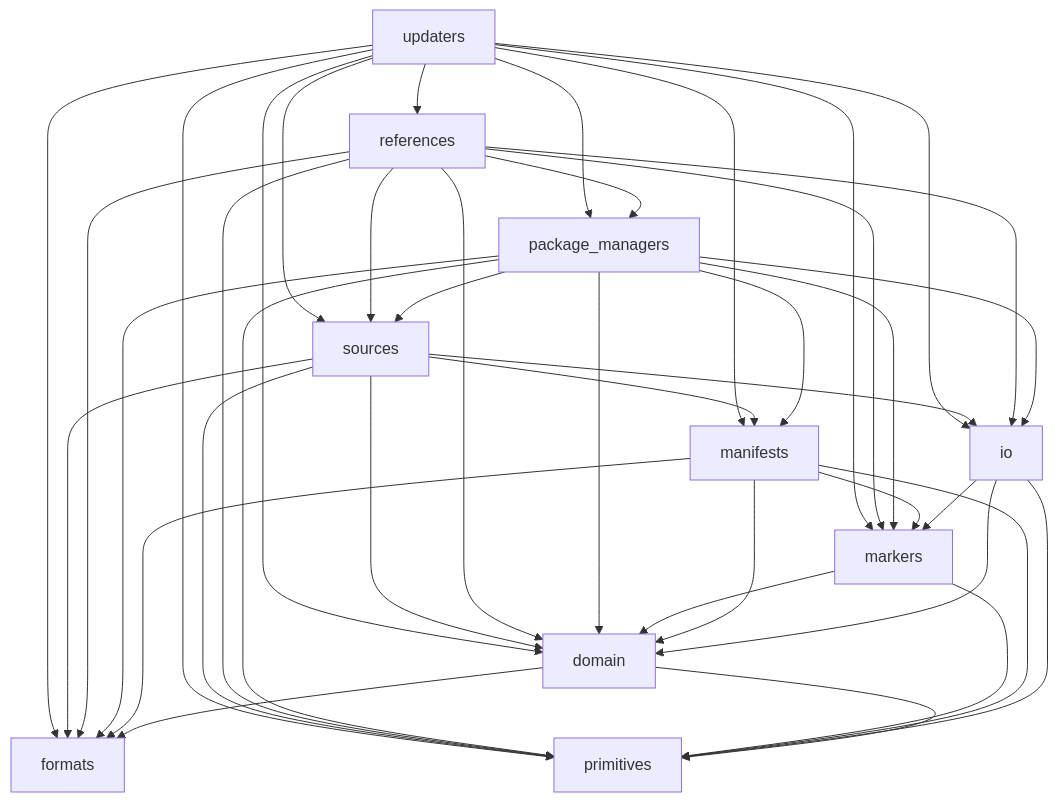
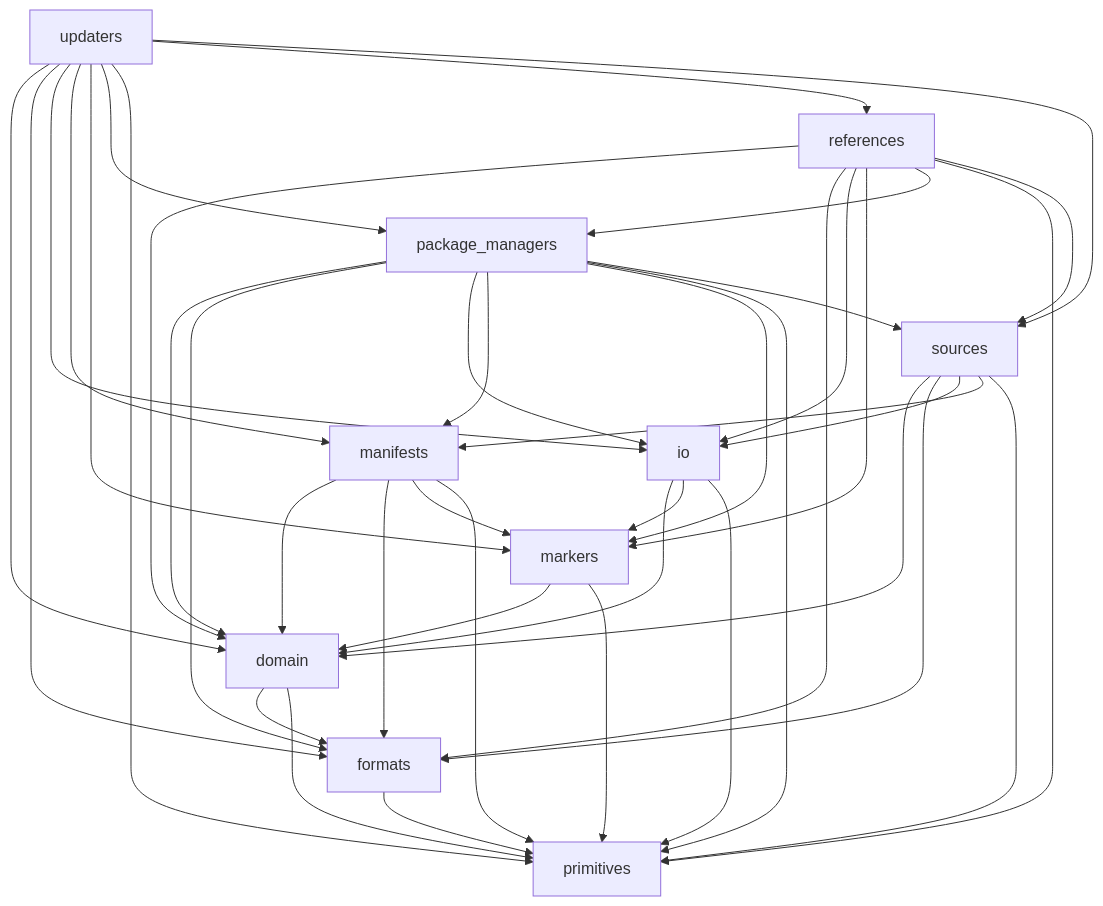
The diagram in docs/architecture.md (ICTU/update-time), drawn with Mermaid before and after one commit. The commit also changed 21 other files, not shown here.

````diff
--- a/docs/architecture.md
+++ b/docs/architecture.md
@@ -5,42 +5,43 @@
 ```mermaid
 flowchart TD
   domain --> formats
   domain --> primitives
+  formats --> primitives
   io --> domain
   io --> markers
   io --> primitives
   manifests --> domain
   manifests --> formats
   manifests --> markers
   manifests --> primitives
   markers --> domain
   markers --> primitives
   package_managers --> domain
   package_managers --> formats
   package_managers --> io
   package_managers --> manifests
   package_managers --> markers
   package_managers --> primitives
   package_managers --> sources
   references --> domain
   references --> formats
   references --> io
   references --> markers
   references --> package_managers
   references --> primitives
   references --> sources
   sources --> domain
   sources --> formats
   sources --> io
   sources --> manifests
   sources --> primitives
   updaters --> domain
   updaters --> formats
   updaters --> io
   updaters --> manifests
   updaters --> markers
   updaters --> package_managers
   updaters --> primitives
   updaters --> references
   updaters --> sources
 ```
````
